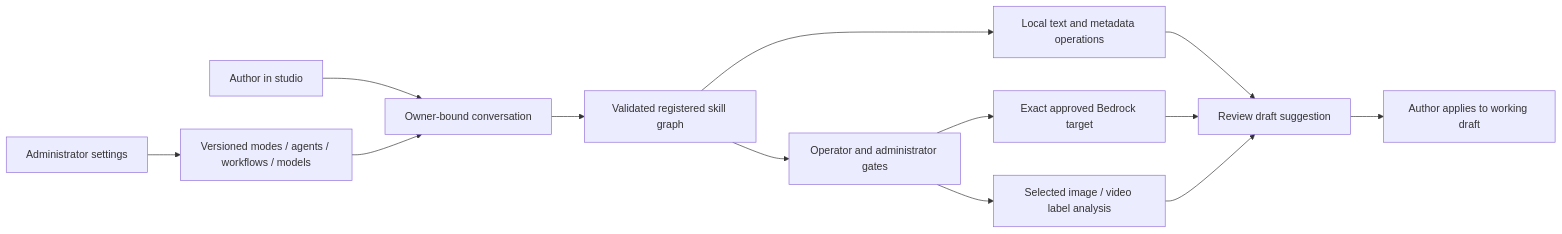
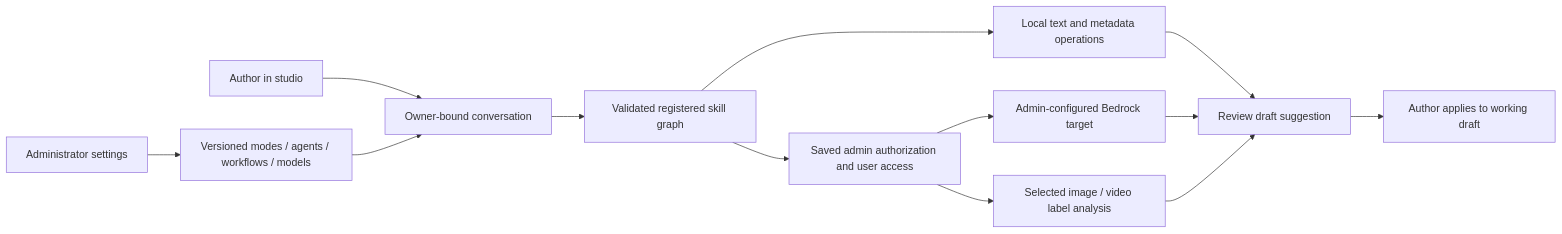
One commit to NorthCountryEngineer/Axolotl_News changed the diagram in docs/AGENT_WORKFLOWS.md. Above: the diagram before and after it, drawn with Mermaid. The commit also changed other lines of this file and 28 other files, not shown here.

````diff
--- a/docs/AGENT_WORKFLOWS.md
+++ b/docs/AGENT_WORKFLOWS.md
@@ -77,15 +77,15 @@
 ```mermaid
 flowchart LR
     Author[Author in studio] --> Session[Owner-bound conversation]
     Admin[Administrator settings] --> Registry[Versioned modes / agents / workflows / models]
     Registry --> Session
     Session --> Graph[Validated registered skill graph]
     Graph --> Local[Local text and metadata operations]
-    Graph --> Gates[Operator and administrator gates]
-    Gates --> Bedrock[Exact approved Bedrock target]
+    Graph --> Gates[Saved admin authorization and user access]
+    Gates --> Bedrock[Admin-configured Bedrock target]
     Gates --> Media[Selected image / video label analysis]
     Local --> Review[Review draft suggestion]
     Bedrock --> Review
     Media --> Review
     Review --> Draft[Author applies to working draft]
 ```
````
